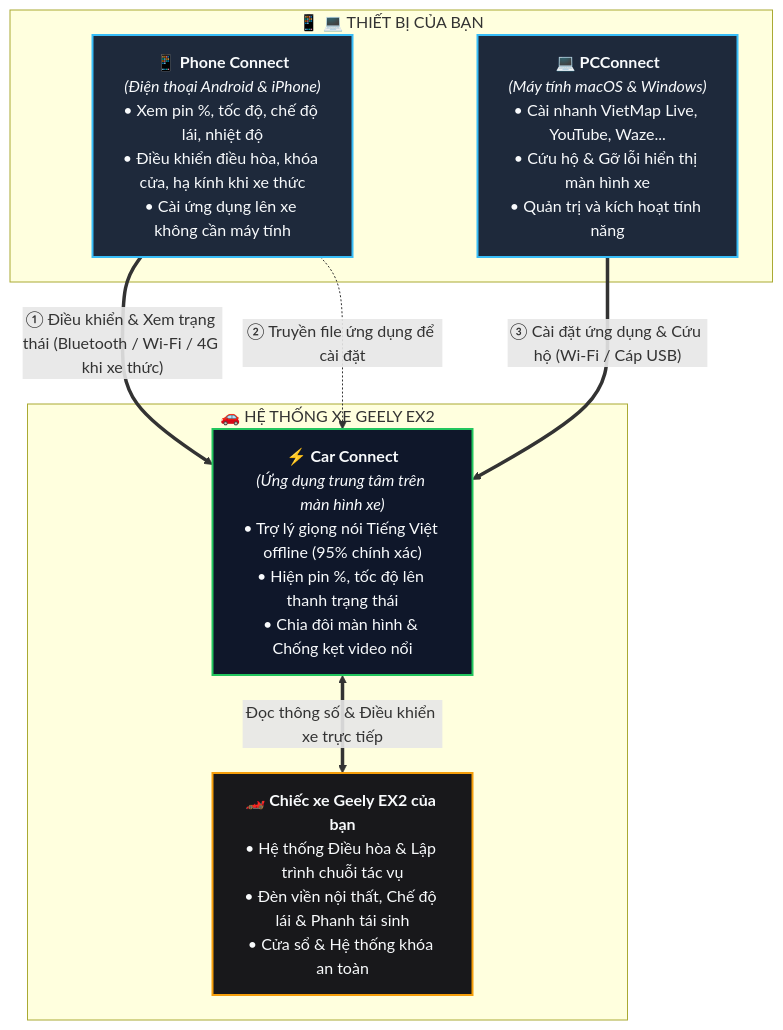
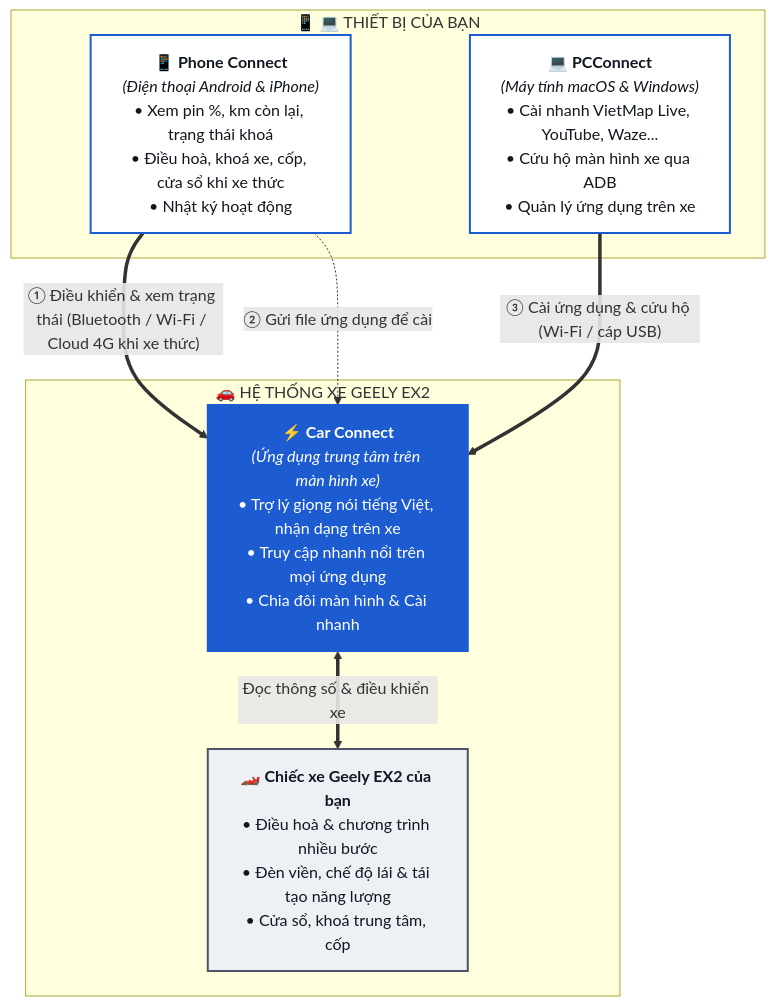
The diagram in README.md (ToanMobile/geely-ex2-artifacts), drawn with Mermaid before and after one commit. The commit also changed other lines of this file and 39 other files, not shown here.

Commit message:
Release CarConnect (dev): v1.4.1(1401)

````diff
--- a/README.md
+++ b/README.md
@@ -191,27 +233,26 @@
 ```mermaid
 flowchart TD
     subgraph DEVICES["📱 💻 THIẾT BỊ CỦA BẠN"]
-        PHONE["📱 <b>Phone Connect</b><br><i>(Điện thoại Android & iPhone)</i><br>• Xem pin %, tốc độ, chế độ lái, nhiệt độ<br>• Điều khiển điều hòa, khóa cửa, hạ kính khi xe thức<br>• Cài ứng dụng lên xe không cần máy tính"]
-        PC["💻 <b>PCConnect</b><br><i>(Máy tính macOS & Windows)</i><br>• Cài nhanh VietMap Live, YouTube, Waze...<br>• Cứu hộ & Gỡ lỗi hiển thị màn hình xe<br>• Quản trị và kích hoạt tính năng"]
+        PHONE["📱 <b>Phone Connect</b><br><i>(Điện thoại Android & iPhone)</i><br>• Xem pin %, km còn lại, trạng thái khoá<br>• Điều hoà, khoá xe, cốp, cửa sổ khi xe thức<br>• Nhật ký hoạt động"]
+        PC["💻 <b>PCConnect</b><br><i>(Máy tính macOS & Windows)</i><br>• Cài nhanh VietMap Live, YouTube, Waze...<br>• Cứu hộ màn hình xe qua ADB<br>• Quản lý ứng dụng trên xe"]
     end
 
     subgraph CAR["🚗 HỆ THỐNG XE GEELY EX2"]
-        CAR_APP["⚡ <b>Car Connect</b><br><i>(Ứng dụng trung tâm trên màn hình xe)</i><br>• Trợ lý giọng nói Tiếng Việt offline (95% chính xác)<br>• Hiện pin %, tốc độ lên thanh trạng thái<br>• Chia đôi màn hình & Chống kẹt video nổi"]
-        
-        VEHICLE["🏎️ <b>Chiếc xe Geely EX2 của bạn</b><br>• Hệ thống Điều hòa & Lập trình chuỗi tác vụ<br>• Đèn viền nội thất, Chế độ lái & Phanh tái sinh<br>• Cửa sổ & Hệ thống khóa an toàn"]
+        CAR_APP["⚡ <b>Car Connect</b><br><i>(Ứng dụng trung tâm trên màn hình xe)</i><br>• Trợ lý giọng nói tiếng Việt, nhận dạng trên xe<br>• Truy cập nhanh nổi trên mọi ứng dụng<br>• Chia đôi màn hình & Cài nhanh"]
+        VEHICLE["🏎️ <b>Chiếc xe Geely EX2 của bạn</b><br>• Điều hoà & chương trình nhiều bước<br>• Đèn viền, chế độ lái & tái tạo năng lượng<br>• Cửa sổ, khoá trung tâm, cốp"]
     end
 
-    PHONE ==>|"① Điều khiển & Xem trạng thái (Bluetooth / Wi-Fi / 4G khi xe thức)"| CAR_APP
-    PHONE -.->|"② Truyền file ứng dụng để cài đặt"| CAR_APP
-    PC ==>|"③ Cài đặt ứng dụng & Cứu hộ (Wi-Fi / Cáp USB)"| CAR_APP
+    PHONE ==>|"① Điều khiển & xem trạng thái (Bluetooth / Wi-Fi / Cloud 4G khi xe thức)"| CAR_APP
+    PHONE -.->|"② Gửi file ứng dụng để cài"| CAR_APP
+    PC ==>|"③ Cài ứng dụng & cứu hộ (Wi-Fi / cáp USB)"| CAR_APP
 
-    CAR_APP <==>|"Đọc thông số & Điều khiển xe trực tiếp"| VEHICLE
+    CAR_APP <==>|"Đọc thông số & điều khiển xe"| VEHICLE
 
-    classDef clientStyle fill:#1e293b,stroke:#38bdf8,stroke-width:2px,color:#f8fafc;
-    classDef appStyle fill:#0f172a,stroke:#22c55e,stroke-width:2px,color:#f8fafc;
-    classDef carStyle fill:#18181b,stroke:#f59e0b,stroke-width:2px,color:#f8fafc;
+    classDef clientStyle fill:#FFFFFF,stroke:#1C5BD0,stroke-width:2px,color:#111720;
+    classDef appStyle fill:#1C5BD0,stroke:#1C5BD0,stroke-width:2px,color:#FFFFFF;
+    classDef carStyle fill:#EDF0F5,stroke:#4A5466,stroke-width:2px,color:#111720;
 
     class PHONE,PC clientStyle;
     class CAR_APP appStyle;
     class VEHICLE carStyle;
 ```
````
